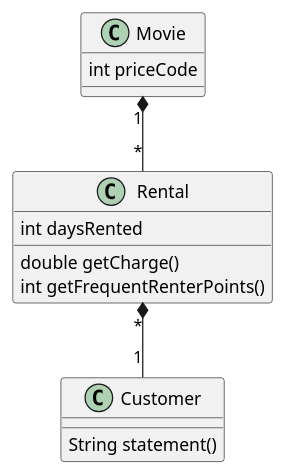
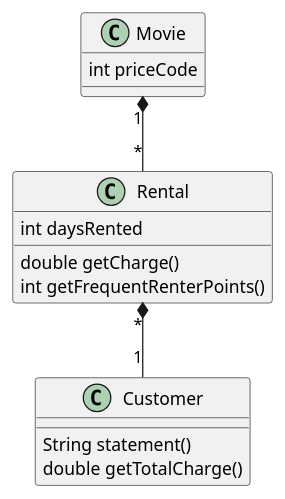
One commit to rony76/martin-fowler-example changed the diagram in src/main/resources/MovieRentalCustomer.puml. Above: the diagram before and after it, drawn with PlantUML. The commit also changed 1 other file, not shown here.

Commit message:
Extract Method, Replace Temp With Query: getTotalCharge

```diff
--- a/src/main/resources/MovieRentalCustomer.puml
+++ b/src/main/resources/MovieRentalCustomer.puml
@@ -1,20 +1,21 @@
 @startuml
 
 Movie "1" *-- "*" Rental
 Rental "*" *-- "1" Customer
 
 class Movie {
     int priceCode
 }
 
 class Rental {
     int daysRented
     double getCharge()
     int getFrequentRenterPoints()
 }
 
 class Customer {
     String statement()
+    double getTotalCharge()
 }
 
 @enduml
```
